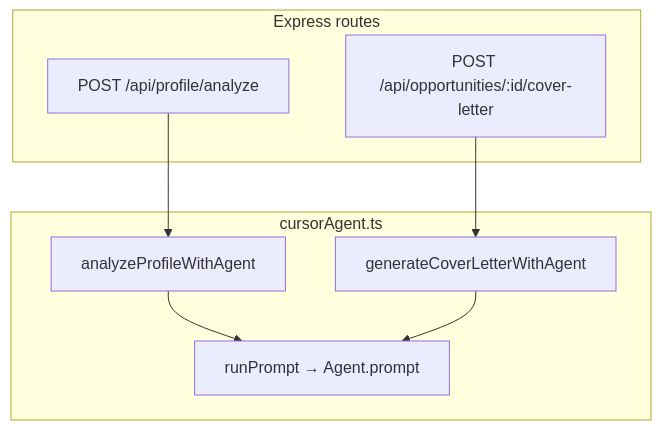
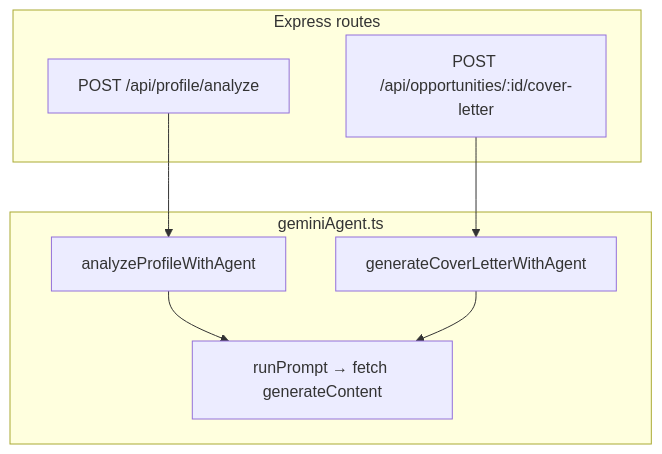
The fourth of 4 diagrams in SYSTEM.md (yohannesdawit21/OpportunityAgent), drawn with Mermaid before and after one commit. The commit also changed other lines of this file and 24 other files, not shown here.

First line of the commit message:
refactor: migrate from Cursor SDK to Gemini AI for profile analysis and cover letter generation

````diff
--- a/SYSTEM.md
+++ b/SYSTEM.md
@@ -269,14 +264,14 @@
 ```mermaid
 flowchart TB
   subgraph routes [Express routes]
     P[POST /api/profile/analyze]
     C[POST /api/opportunities/:id/cover-letter]
   end
-  subgraph cursorAgent [cursorAgent.ts]
+  subgraph geminiAgent [geminiAgent.ts]
     A[analyzeProfileWithAgent]
     G[generateCoverLetterWithAgent]
-    R[runPrompt → Agent.prompt]
+    R[runPrompt → fetch generateContent]
   end
   P --> A --> R
   C --> G --> R
 ```
````
